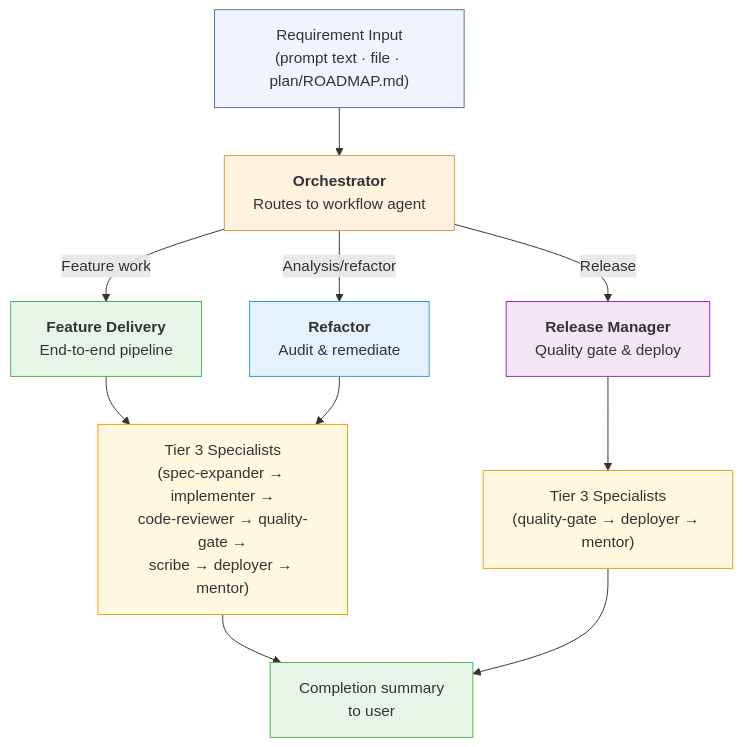
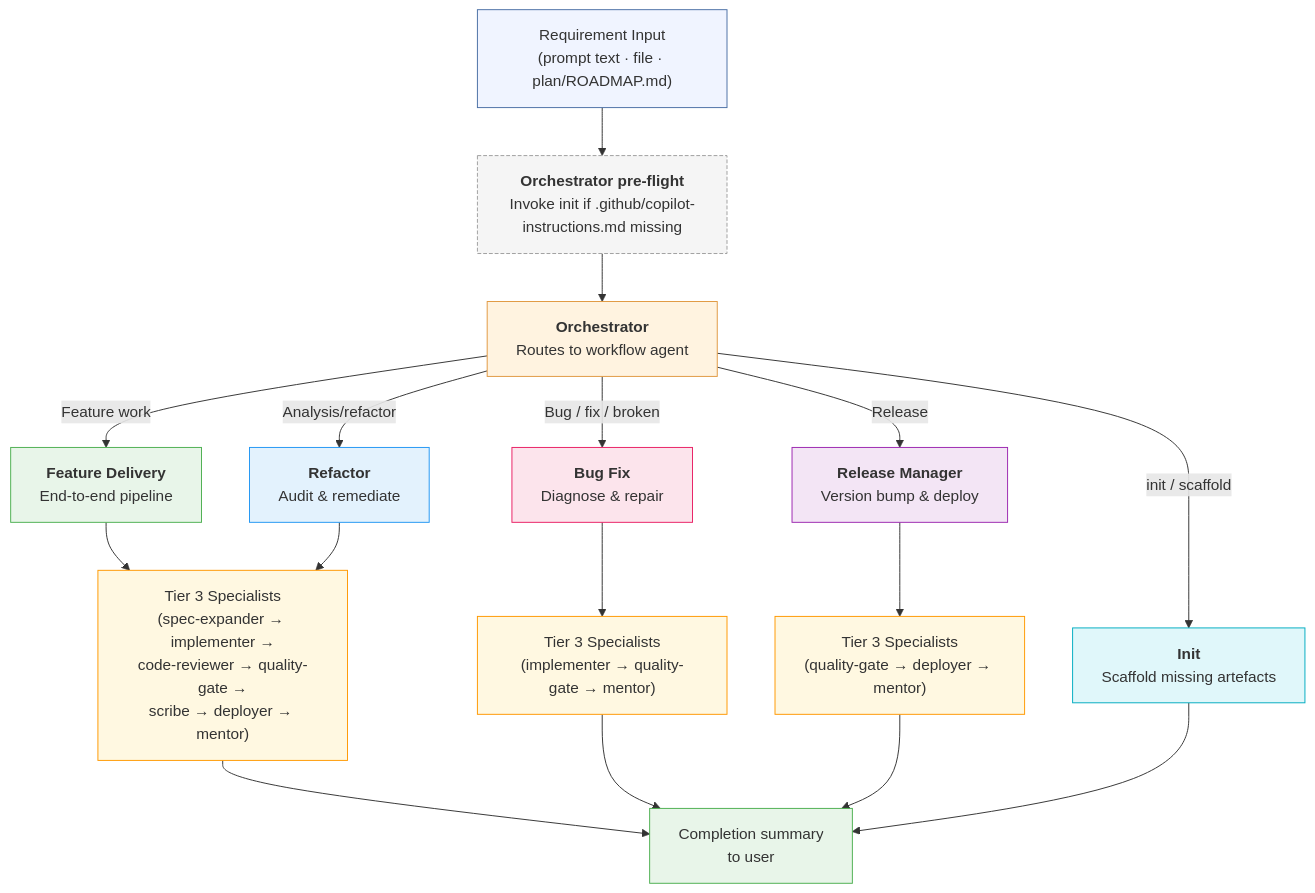
One commit to sleeke/goals-tracker-web-app changed the diagram in .github/agents/README.md. Above: the diagram before and after it, drawn with Mermaid. The commit also changed other lines of this file and 21 other files, not shown here.

````diff
--- a/.github/agents/README.md
+++ b/.github/agents/README.md
@@ -48,25 +50,36 @@
 ```mermaid
 flowchart TD
-    A["Requirement Input<br/>(prompt text · file · plan/ROADMAP.md)"] --> B["<b>Orchestrator</b><br/>Routes to workflow agent"]
+    A["Requirement Input<br/>(prompt text · file · plan/ROADMAP.md)"] --> PRE["<b>Orchestrator pre-flight</b><br/>Invoke init if .github/copilot-instructions.md missing"]
+    PRE --> B["<b>Orchestrator</b><br/>Routes to workflow agent"]
 
     B -->|"Feature work"| C["<b>Feature Delivery</b><br/>End-to-end pipeline"]
+    B -->|"Bug / fix / broken"| BF["<b>Bug Fix</b><br/>Diagnose &amp; repair"]
     B -->|"Analysis/refactor"| D["<b>Refactor</b><br/>Audit &amp; remediate"]
-    B -->|"Release"| E["<b>Release Manager</b><br/>Quality gate &amp; deploy"]
+    B -->|"Release"| E["<b>Release Manager</b><br/>Version bump &amp; deploy"]
+    B -->|"init / scaffold"| I["<b>Init</b><br/>Scaffold missing artefacts"]
 
     C --> F["Tier 3 Specialists<br/>(spec-expander → implementer →<br/>code-reviewer → quality-gate →<br/>scribe → deployer → mentor)"]
+
+    BF --> FB["Tier 3 Specialists<br/>(implementer → quality-gate → mentor)"]
 
     D --> F
     E --> G["Tier 3 Specialists<br/>(quality-gate → deployer → mentor)"]
 
     F --> H["Completion summary<br/>to user"]
+    FB --> H
     G --> H
+    I --> H
 
     style A fill:#f0f4ff,stroke:#4a6fa5
+    style PRE fill:#f5f5f5,stroke:#9e9e9e,stroke-dasharray:4 2
     style B fill:#fff3e0,stroke:#e09840
     style C fill:#e8f5e9,stroke:#4caf50
+    style BF fill:#fce4ec,stroke:#e91e63
     style D fill:#e3f2fd,stroke:#2196f3
     style E fill:#f3e5f5,stroke:#9c27b0
+    style I fill:#e0f7fa,stroke:#00acc1
     style F fill:#fff8e1,stroke:#ff9800
+    style FB fill:#fff8e1,stroke:#ff9800
     style G fill:#fff8e1,stroke:#ff9800
     style H fill:#e8f5e9,stroke:#4caf50
 ```
````
